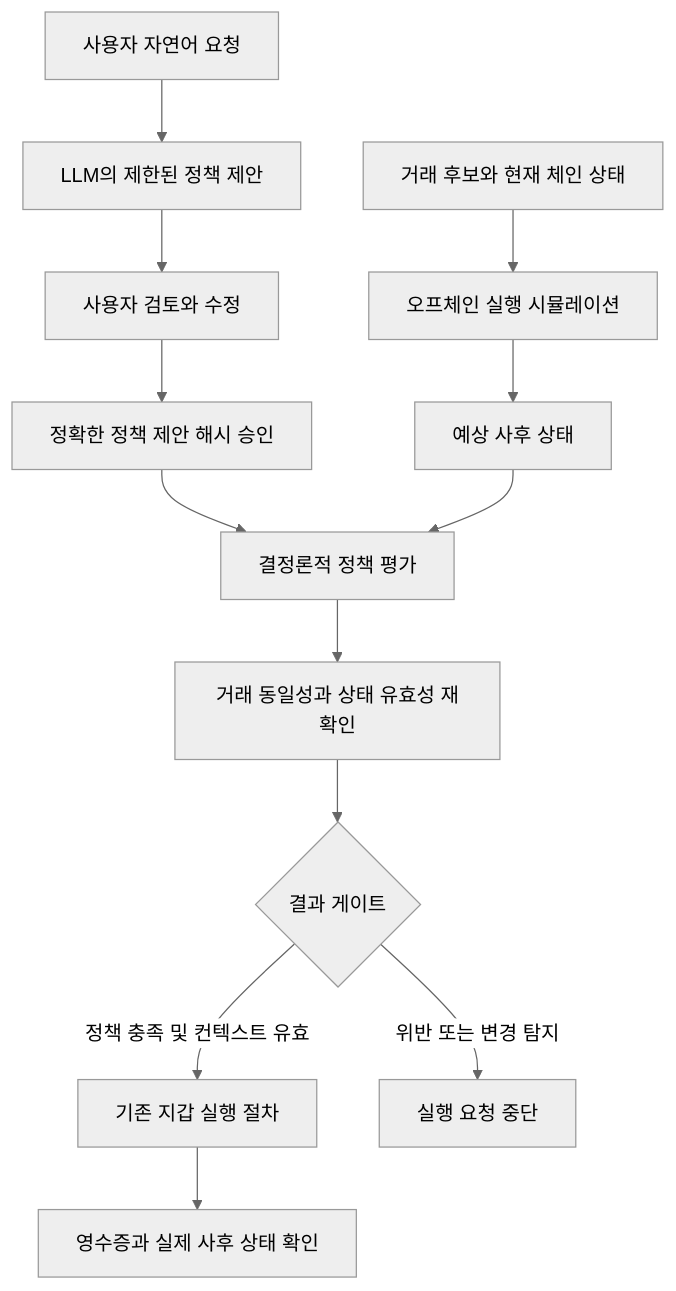
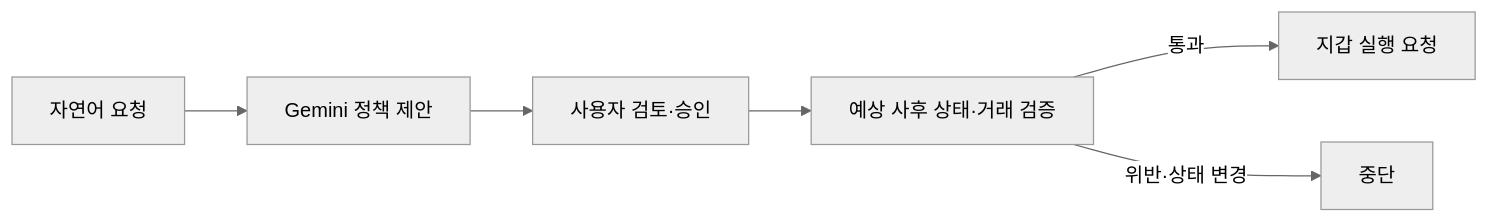
Before and after one commit to THISISMYCOSMOS/metamask: the diagram in README.md, drawn with Mermaid (neutral theme). The commit also changed other lines of this file, not shown here.

````diff
--- a/README.md
+++ b/README.md
@@ -24,15 +23,8 @@
 ```mermaid
-flowchart TD
-    Intent[사용자 자연어 요청] --> Compiler[LLM의 제한된 정책 제안]
-    Compiler --> Review[사용자 검토와 수정]
-    Review --> Approval[정확한 정책 제안 해시 승인]
-    Candidate[거래 후보와 현재 체인 상태] --> Simulation[오프체인 실행 시뮬레이션]
-    Simulation --> PostState[예상 사후 상태]
-    Approval --> Evaluation[결정론적 정책 평가]
-    PostState --> Evaluation
-    Evaluation --> Binding[거래 동일성과 상태 유효성 재확인]
-    Binding --> Gate{결과 게이트}
-    Gate -->|정책 충족 및 컨텍스트 유효| Wallet[기존 지갑 실행 절차]
-    Gate -->|위반 또는 변경 탐지| Reject[실행 요청 중단]
-    Wallet --> Receipt[영수증과 실제 사후 상태 확인]
+flowchart LR
+    A[자연어 요청] --> B[Gemini 정책 제안]
+    B --> C[사용자 검토·승인]
+    C --> D[예상 사후 상태·거래 검증]
+    D -->|통과| E[지갑 실행 요청]
+    D -->|위반·상태 변경| F[중단]
 ```
````
